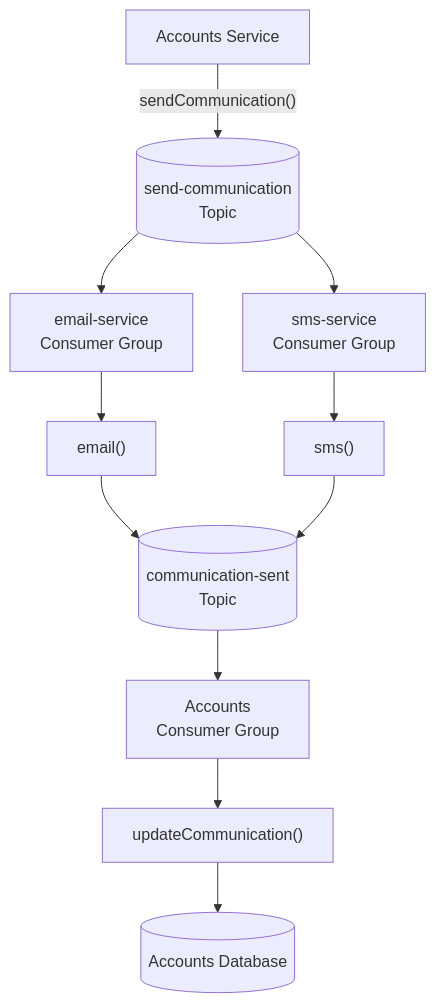
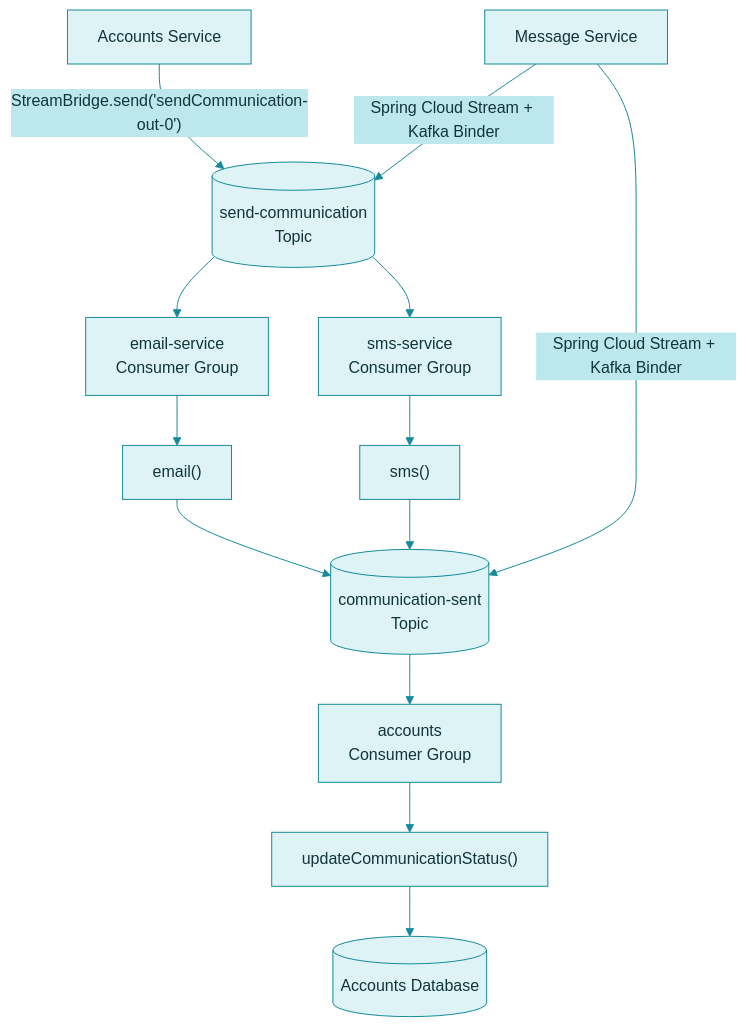
The second of 2 diagrams in docs/messaging.md (SoyaChunkz/MICROSERVICES), drawn with Mermaid before and after one commit. The commit also changed other lines of this file and 6 other files, not shown here.

````diff
--- a/docs/messaging.md
+++ b/docs/messaging.md
@@ -107,31 +162,49 @@
 ```mermaid
+%%{init: {
+  'theme': 'base',
+  'themeVariables': {
+    'primaryColor': '#DDF3F5',
+    'primaryTextColor': '#12343B',
+    'primaryBorderColor': '#168A9B',
+    'lineColor': '#168A9B',
+    'secondaryColor': '#BCE8ED',
+    'tertiaryColor': '#EFFAFA',
+    'clusterBkg': '#EFFAFA',
+    'clusterBorder': '#78C9D2',
+    'fontFamily': 'Arial, sans-serif'
+  }
+}}%%
+
 flowchart TB
     Accounts["Accounts Service"]
-    Topic1[("send-communication<br/>Topic")]
+    SendTopic[("send-communication<br/>Topic")]
+    ResultTopic[("communication-sent<br/>Topic")]
 
+    Message["Message Service"]
     EmailGroup["email-service<br/>Consumer Group"]
     SMSGroup["sms-service<br/>Consumer Group"]
+    AccountsGroup["accounts<br/>Consumer Group"]
 
-    Email["email()"]
-    SMS["sms()"]
-
-    Topic2[("communication-sent<br/>Topic")]
-    AccountsGroup["Accounts<br/>Consumer Group"]
-    Update["updateCommunication()"]
+    EmailFunc["email()"]
+    SMSFunc["sms()"]
+    UpdateFunc["updateCommunicationStatus()"]
     DB[("Accounts Database")]
 
-    Accounts -->|"sendCommunication()"| Topic1
+    Accounts -->|"StreamBridge.send('sendCommunication-out-0')"| SendTopic
 
-    Topic1 --> EmailGroup
-    Topic1 --> SMSGroup
+    SendTopic --> EmailGroup
+    SendTopic --> SMSGroup
 
-    EmailGroup --> Email
-    SMSGroup --> SMS
+    EmailGroup --> EmailFunc
+    SMSGroup --> SMSFunc
 
-    Email --> Topic2
-    SMS --> Topic2
+    EmailFunc --> ResultTopic
+    SMSFunc --> ResultTopic
 
-    Topic2 --> AccountsGroup
-    AccountsGroup --> Update
-    Update --> DB
+    ResultTopic --> AccountsGroup
+    AccountsGroup --> UpdateFunc
+    UpdateFunc --> DB
+
+    Message -->|"Spring Cloud Stream + Kafka Binder"| SendTopic
+    Message -->|"Spring Cloud Stream + Kafka Binder"| ResultTopic
 ```
````
